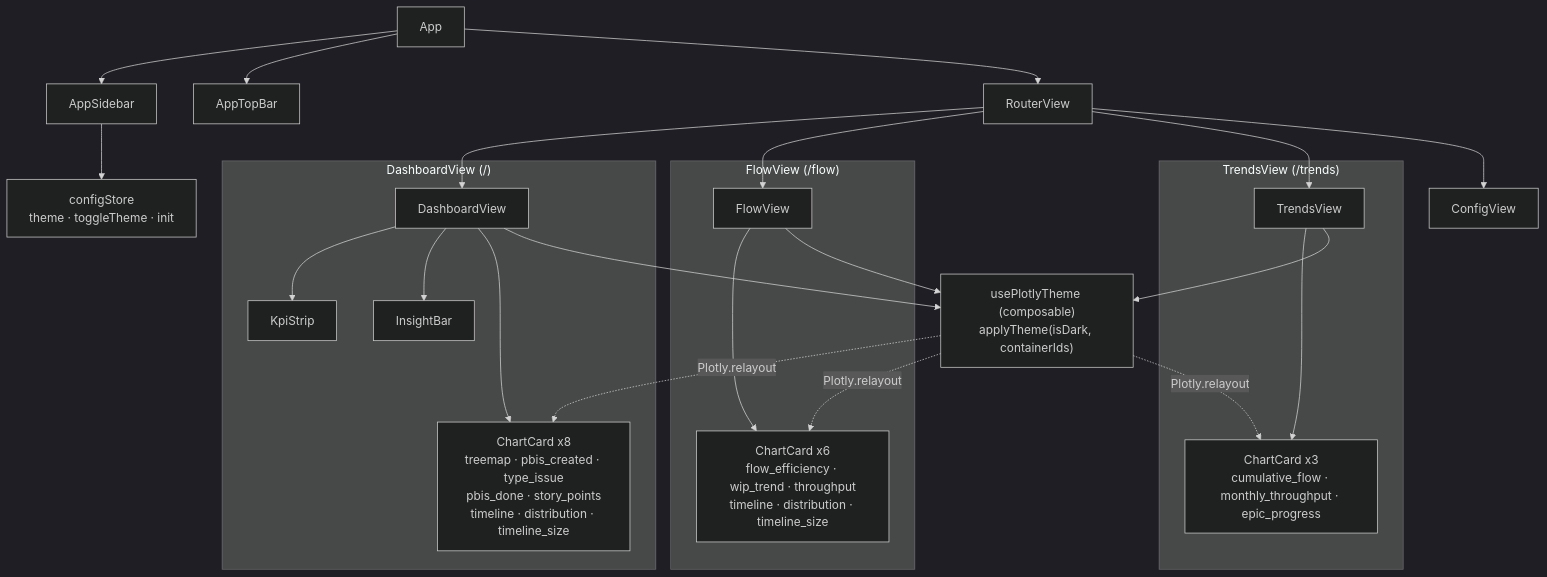
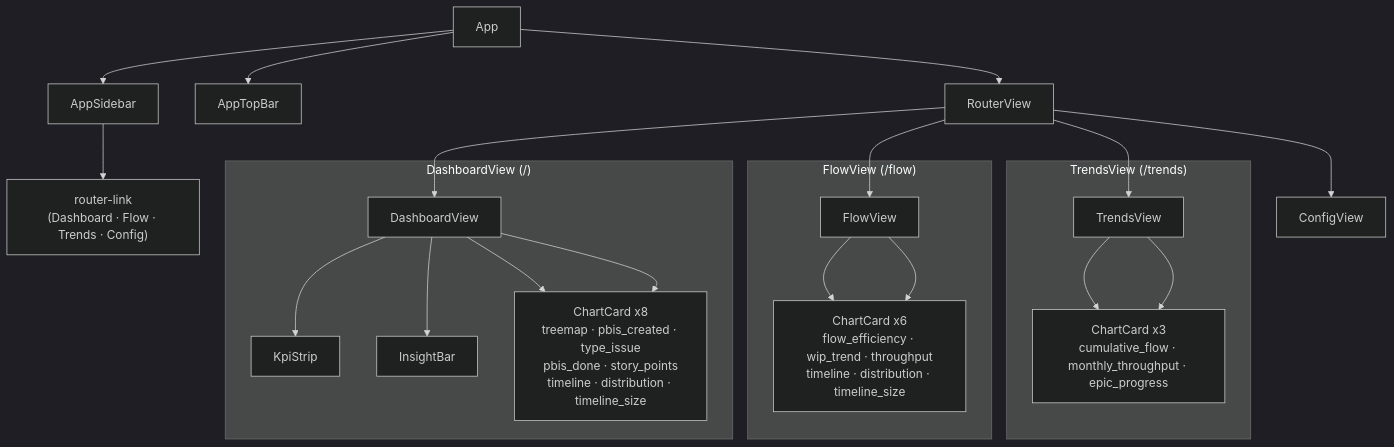
One commit to goncalovalverde/anansi changed the fifth of 6 diagrams in docs/diagrams/architecture.md. Above: the diagram before and after it, drawn with Mermaid (dark theme). The commit also changed other lines of this file and 11 other files, not shown here.

````diff
--- a/docs/diagrams/architecture.md
+++ b/docs/diagrams/architecture.md
@@ -145,34 +145,31 @@
 ```mermaid
 graph TD
     App --> AppSidebar
     App --> AppTopBar
     App --> RouterView
 
     RouterView --> DashboardView
     RouterView --> FlowView
     RouterView --> TrendsView
     RouterView --> ConfigView
 
     subgraph dashboard ["DashboardView (/)"]
         DashboardView --> KpiStrip
         DashboardView --> InsightBar
         DashboardView --> ChartCard8["ChartCard x8\ntreemap · pbis_created · type_issue\npbis_done · story_points\ntimeline · distribution · timeline_size"]
     end
 
     subgraph flow ["FlowView (/flow)"]
         FlowView --> ChartCard6["ChartCard x6\nflow_efficiency · wip_trend · throughput\ntimeline · distribution · timeline_size"]
     end
 
     subgraph trends ["TrendsView (/trends)"]
         TrendsView --> ChartCard3["ChartCard x3\ncumulative_flow · monthly_throughput · epic_progress"]
     end
 
-    DashboardView --> usePlotlyTheme["usePlotlyTheme (composable)\napplyTheme(isDark, containerIds)"]
-    FlowView      --> usePlotlyTheme
-    TrendsView    --> usePlotlyTheme
+    DashboardView --> ChartCard8
+    FlowView      --> ChartCard6
+    TrendsView    --> ChartCard3
 
-    AppSidebar --> configStore["configStore\ntheme · toggleTheme · init"]
-    usePlotlyTheme -.->|Plotly.relayout| ChartCard8
-    usePlotlyTheme -.->|Plotly.relayout| ChartCard6
-    usePlotlyTheme -.->|Plotly.relayout| ChartCard3
+    AppSidebar --> routeLink["router-link\n(Dashboard · Flow · Trends · Config)"]
 ```
````
